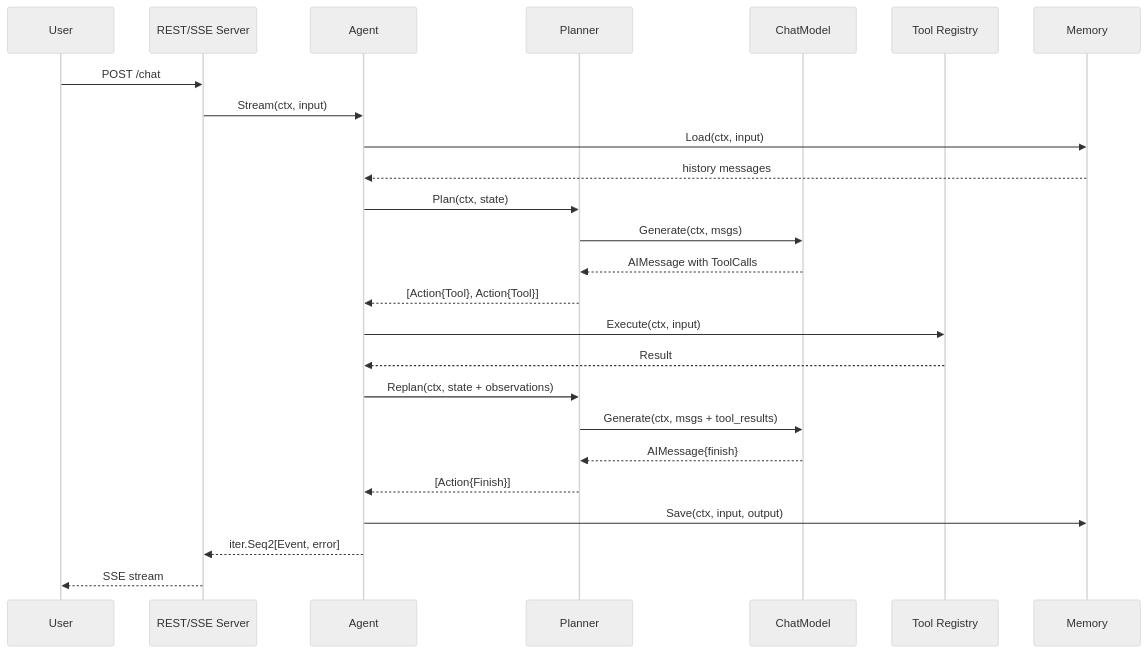
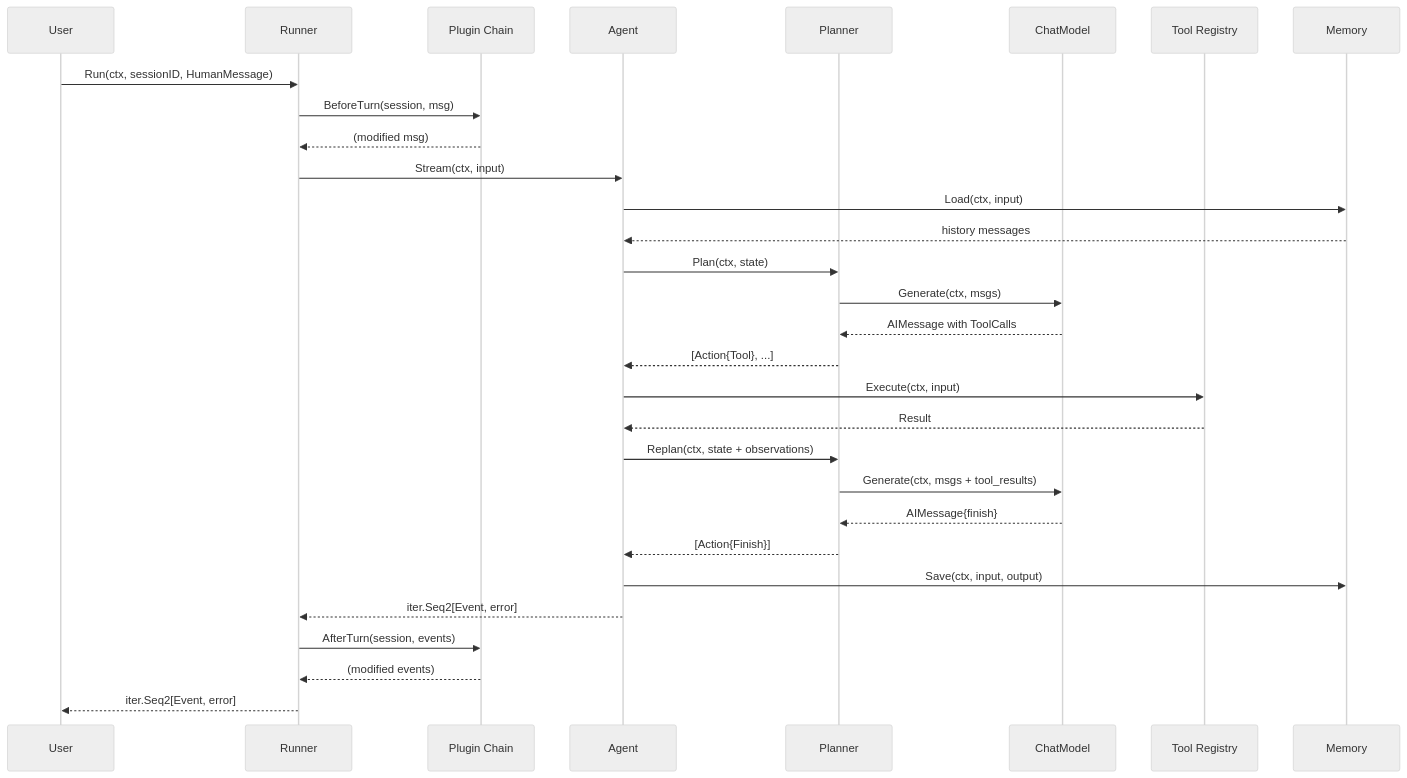
The fifth of 8 diagrams in docs/website/src/content/docs/docs/architecture/concepts.md (lookatitude/beluga-ai), drawn with Mermaid (neutral theme) before and after one commit. The commit also changed other lines of this file and 7 other files, not shown here.

First line of the commit message:
docs: fix architecture, concepts, packages, and API reference to match current codebase

````diff
--- a/docs/website/src/content/docs/docs/architecture/concepts.md
+++ b/docs/website/src/content/docs/docs/architecture/concepts.md
@@ -259,28 +670,33 @@
 ```mermaid
 sequenceDiagram
     participant User
-    participant Server as REST/SSE Server
+    participant Runner
+    participant Plugin as Plugin Chain
     participant Agent
     participant Planner
     participant LLM as ChatModel
     participant Tools as Tool Registry
     participant Memory
 
-    User->>Server: POST /chat
-    Server->>Agent: Stream(ctx, input)
+    User->>Runner: Run(ctx, sessionID, HumanMessage)
+    Runner->>Plugin: BeforeTurn(session, msg)
+    Plugin-->>Runner: (modified msg)
+    Runner->>Agent: Stream(ctx, input)
     Agent->>Memory: Load(ctx, input)
     Memory-->>Agent: history messages
     Agent->>Planner: Plan(ctx, state)
     Planner->>LLM: Generate(ctx, msgs)
     LLM-->>Planner: AIMessage with ToolCalls
-    Planner-->>Agent: [Action{Tool}, Action{Tool}]
+    Planner-->>Agent: [Action{Tool}, ...]
     Agent->>Tools: Execute(ctx, input)
     Tools-->>Agent: Result
     Agent->>Planner: Replan(ctx, state + observations)
     Planner->>LLM: Generate(ctx, msgs + tool_results)
     LLM-->>Planner: AIMessage{finish}
     Planner-->>Agent: [Action{Finish}]
     Agent->>Memory: Save(ctx, input, output)
-    Agent-->>Server: iter.Seq2[Event, error]
-    Server-->>User: SSE stream
+    Agent-->>Runner: iter.Seq2[Event, error]
+    Runner->>Plugin: AfterTurn(session, events)
+    Plugin-->>Runner: (modified events)
+    Runner-->>User: iter.Seq2[Event, error]
 ```
````
